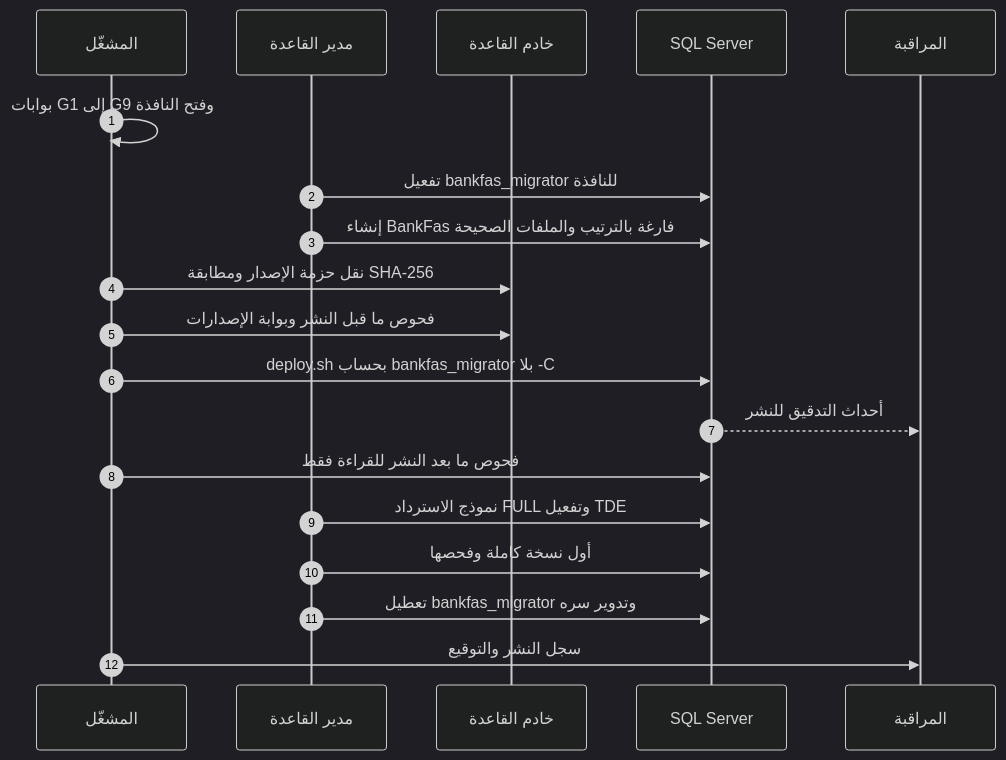
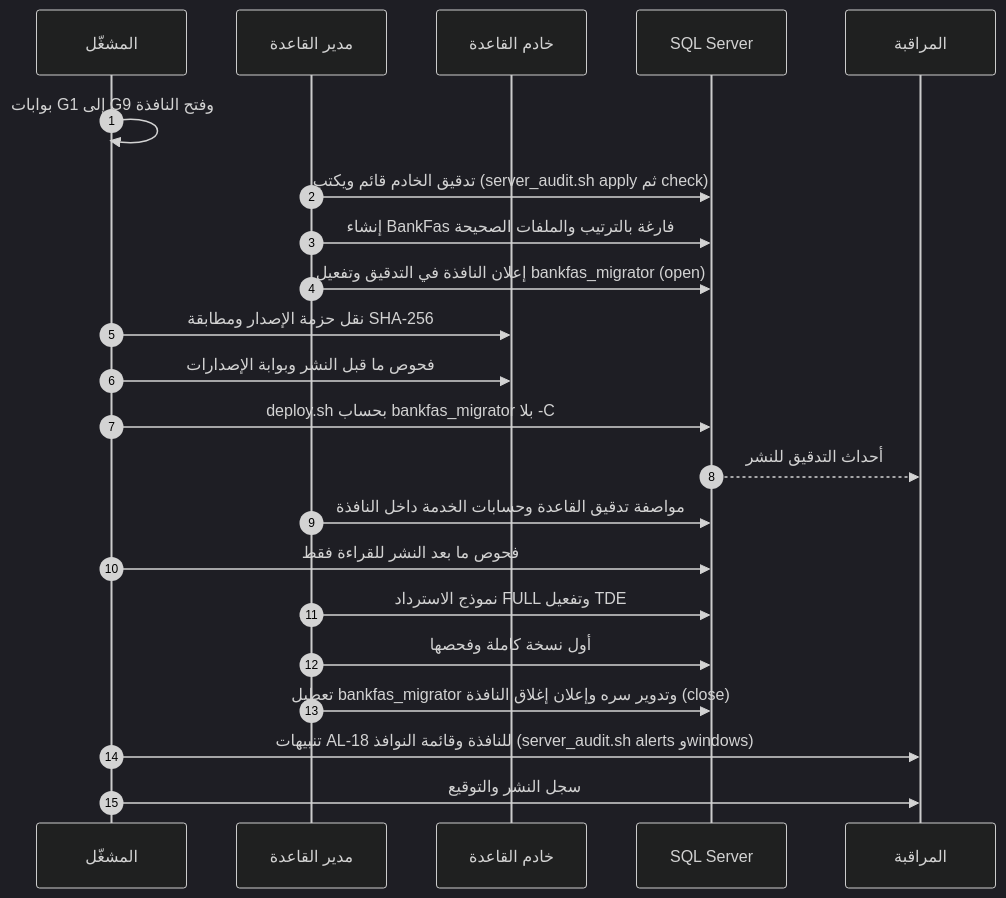
Before and after one commit to thawrasy/smartlines: the diagram in treasury-platform/docs/30-readiness/DOC-S11-deployment-guide.md, drawn with Mermaid (dark theme). The commit also changed other lines of this file and 18 other files, not shown here.

````diff
--- a/treasury-platform/docs/30-readiness/DOC-S11-deployment-guide.md
+++ b/treasury-platform/docs/30-readiness/DOC-S11-deployment-guide.md
@@ -46,21 +46,24 @@
 ```mermaid
 sequenceDiagram
   autonumber
   participant O as المشغّل
   participant D as مدير القاعدة
   participant H as خادم القاعدة
   participant S as SQL Server
   participant M as المراقبة
   O->>O: بوابات G1 إلى G9 وفتح النافذة
-  D->>S: تفعيل bankfas_migrator للنافذة
+  D->>S: تدقيق الخادم قائم ويكتب (server_audit.sh apply ثم check)
   D->>S: إنشاء BankFas فارغة بالترتيب والملفات الصحيحة
+  D->>S: إعلان النافذة في التدقيق وتفعيل bankfas_migrator (open)
   O->>H: نقل حزمة الإصدار ومطابقة SHA-256
   O->>H: فحوص ما قبل النشر وبوابة الإصدارات
   O->>S: deploy.sh بحساب bankfas_migrator بلا -C
   S-->>M: أحداث التدقيق للنشر
+  D->>S: مواصفة تدقيق القاعدة وحسابات الخدمة داخل النافذة
   O->>S: فحوص ما بعد النشر للقراءة فقط
   D->>S: نموذج الاسترداد FULL وتفعيل TDE
   D->>S: أول نسخة كاملة وفحصها
-  D->>S: تعطيل bankfas_migrator وتدوير سره
+  D->>S: تعطيل bankfas_migrator وتدوير سره وإعلان إغلاق النافذة (close)
+  O->>M: تنبيهات AL-18 للنافذة وقائمة النوافذ (server_audit.sh alerts وwindows)
   O->>M: سجل النشر والتوقيع
 ```
````
